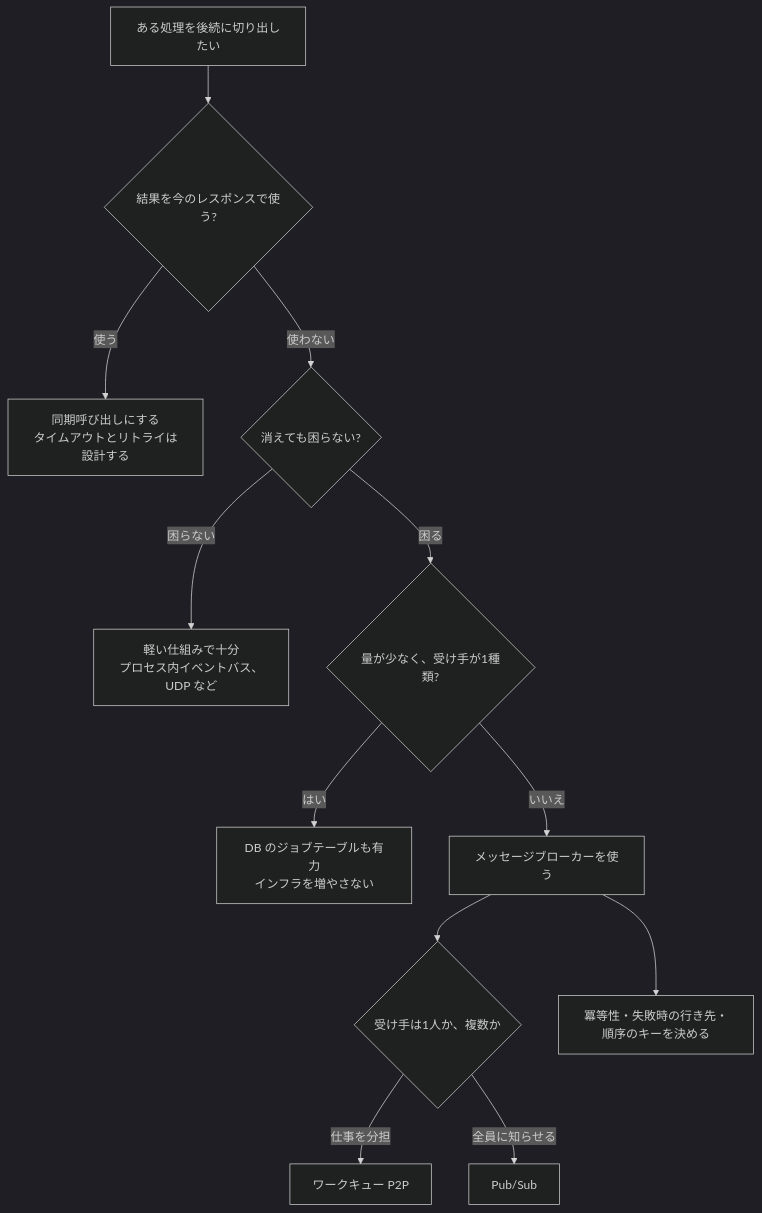
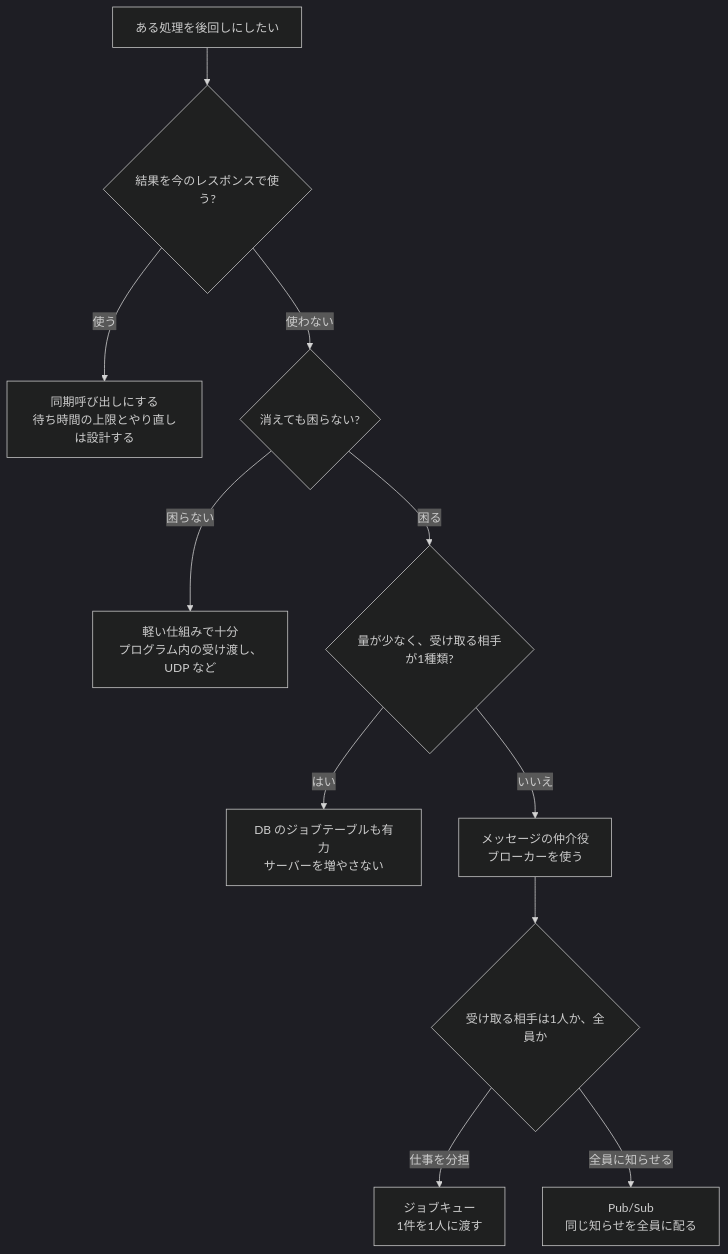
Before and after one commit to t-inoue0214/starter-web-async: the diagram in chapters/04-design-thinking.md, drawn with Mermaid (dark theme). The commit also changed other lines of this file and 96 other files, not shown here.

````diff
--- a/chapters/04-design-thinking.md
+++ b/chapters/04-design-thinking.md
@@ -52,14 +48,13 @@
 ```mermaid
 flowchart TD
-    A[ある処理を後続に切り出したい] --> B{結果を今のレスポンスで使う?}
-    B -->|使う| S[同期呼び出しにする<br>タイムアウトとリトライは設計する]
+    A[ある処理を後回しにしたい] --> B{結果を今のレスポンスで使う?}
+    B -->|使う| S[同期呼び出しにする<br>待ち時間の上限とやり直しは設計する]
     B -->|使わない| C{消えても困らない?}
-    C -->|困らない| D[軽い仕組みで十分<br>プロセス内イベントバス、UDP など]
-    C -->|困る| E{量が少なく、受け手が1種類?}
-    E -->|はい| F[DB のジョブテーブルも有力<br>インフラを増やさない]
-    E -->|いいえ| G[メッセージブローカーを使う]
-    G --> H{受け手は1人か、複数か}
-    H -->|仕事を分担| I[ワークキュー P2P]
-    H -->|全員に知らせる| J[Pub/Sub]
-    G --> K[冪等性・失敗時の行き先・順序のキーを決める]
+    C -->|困らない| D[軽い仕組みで十分<br>プログラム内の受け渡し、UDP など]
+    C -->|困る| E{量が少なく、受け取る相手が1種類?}
+    E -->|はい| F[DB のジョブテーブルも有力<br>サーバーを増やさない]
+    E -->|いいえ| G[メッセージの仲介役<br>ブローカーを使う]
+    G --> H{受け取る相手は1人か、全員か}
+    H -->|仕事を分担| I[ジョブキュー<br>1件を1人に渡す]
+    H -->|全員に知らせる| J[Pub/Sub<br>同じ知らせを全員に配る]
 ```
````
